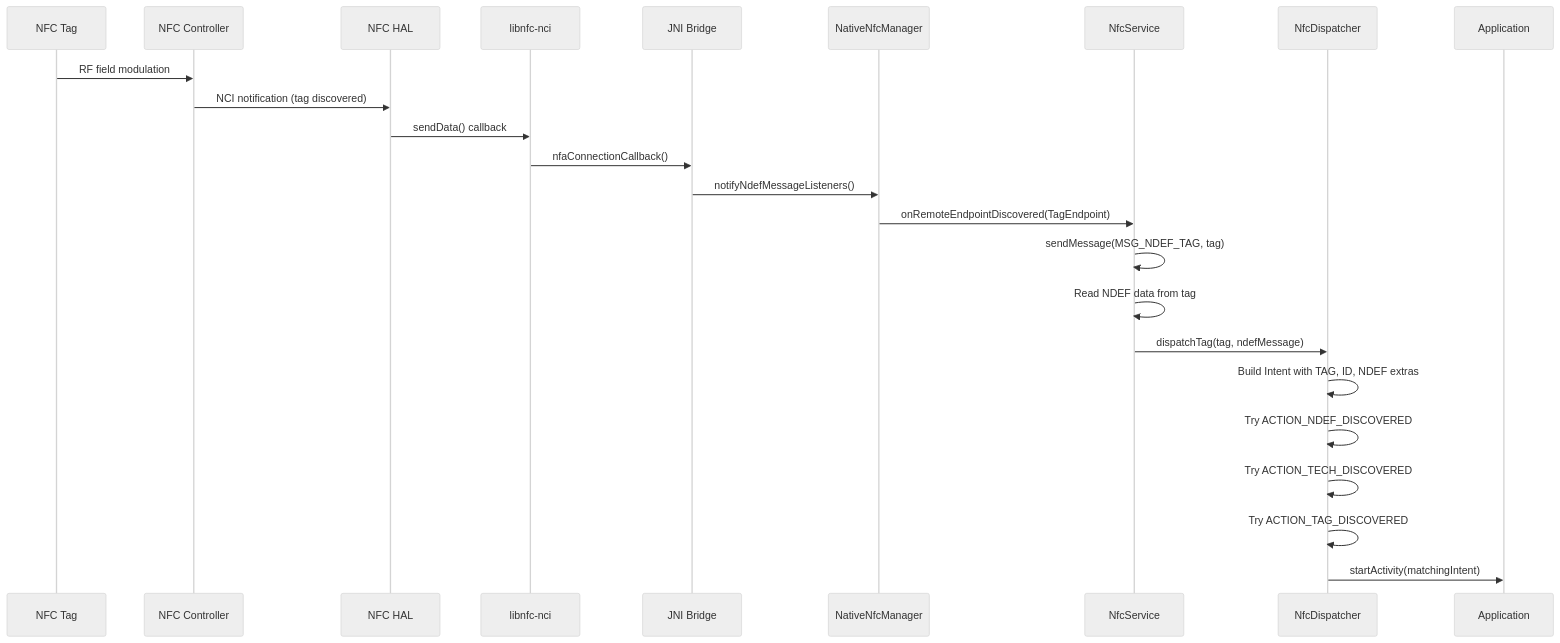
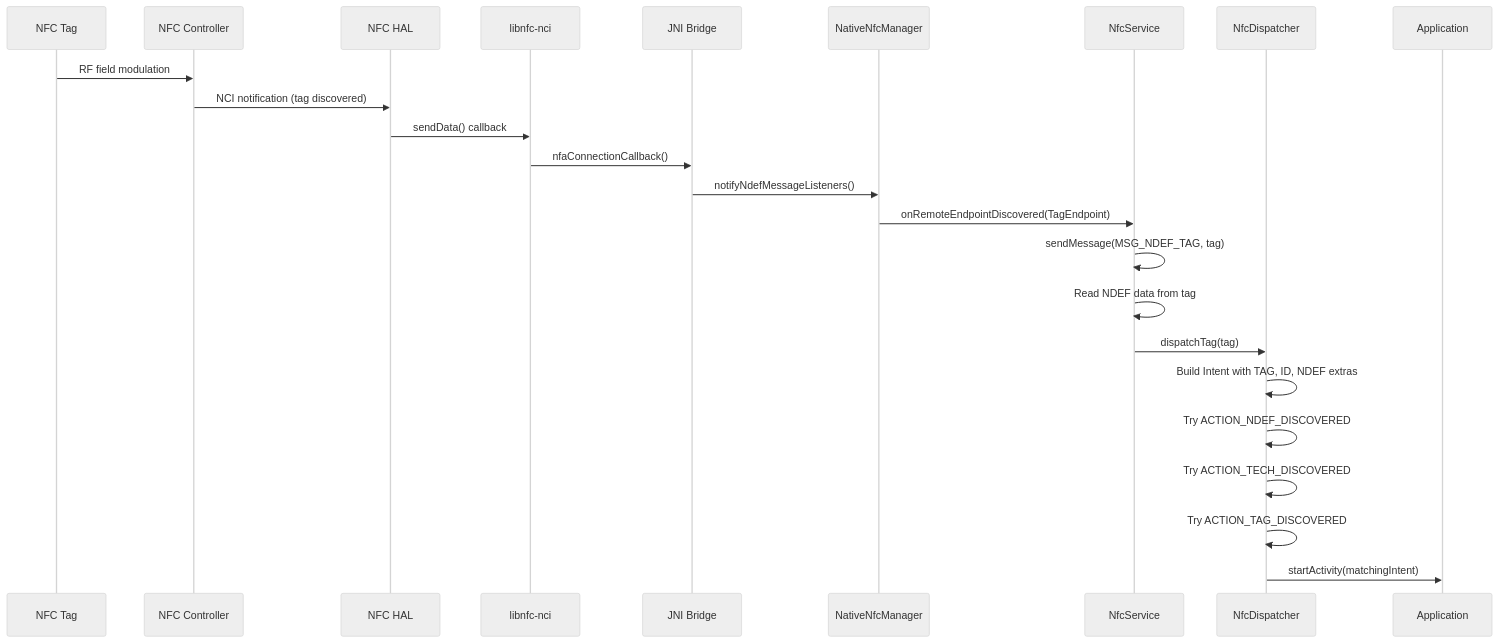
The third of 22 diagrams in agents/claude/skills/aosp-connectivity/38-nfc.md (aospbooks/aosp-internal-book), drawn with Mermaid (neutral theme) before and after one commit. The commit also changed other lines of this file and 218 other files, not shown here.

````diff
--- a/agents/claude/skills/aosp-connectivity/38-nfc.md
+++ b/agents/claude/skills/aosp-connectivity/38-nfc.md
@@ -263,27 +263,27 @@
 ```mermaid
 sequenceDiagram
     participant Tag as NFC Tag
     participant NFCC as NFC Controller
     participant HAL as NFC HAL
     participant NCI as libnfc-nci
     participant JNI as JNI Bridge
     participant NNM as NativeNfcManager
     participant SVC as NfcService
     participant DSP as NfcDispatcher
     participant APP as Application
 
     Tag->>NFCC: RF field modulation
     NFCC->>HAL: NCI notification (tag discovered)
     HAL->>NCI: sendData() callback
     NCI->>JNI: nfaConnectionCallback()
     JNI->>NNM: notifyNdefMessageListeners()
     NNM->>SVC: onRemoteEndpointDiscovered(TagEndpoint)
     SVC->>SVC: sendMessage(MSG_NDEF_TAG, tag)
     SVC->>SVC: Read NDEF data from tag
-    SVC->>DSP: dispatchTag(tag, ndefMessage)
+    SVC->>DSP: dispatchTag(tag)
     DSP->>DSP: Build Intent with TAG, ID, NDEF extras
     DSP->>DSP: Try ACTION_NDEF_DISCOVERED
     DSP->>DSP: Try ACTION_TECH_DISCOVERED
     DSP->>DSP: Try ACTION_TAG_DISCOVERED
     DSP->>APP: startActivity(matchingIntent)
 ```
````
